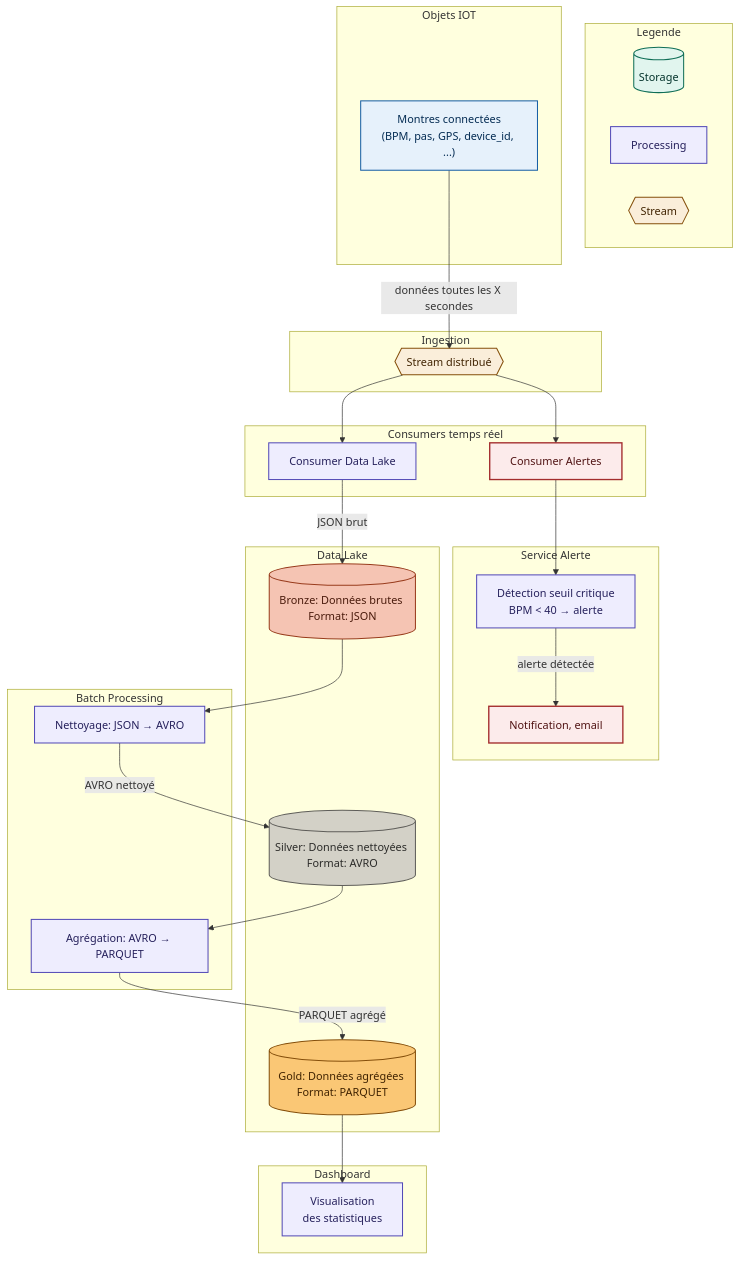
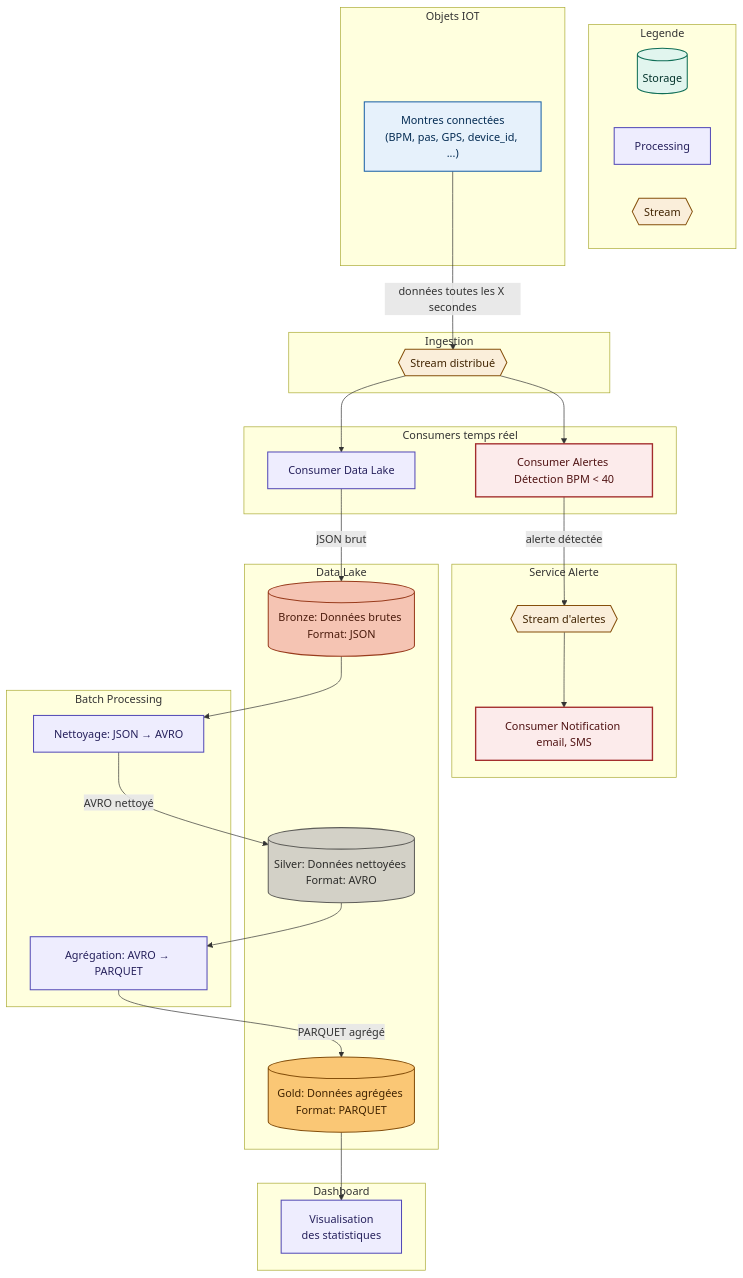
The diagram in README.md (ryadg-kura/clockdata), drawn with Mermaid before and after one commit.

Commit message:
Update consumer alert naming and alerting flow

````diff
--- a/README.md
+++ b/README.md
@@ -33,62 +33,62 @@
 ```mermaid
 flowchart TD
 
   subgraph Legende
     S[(Storage)]:::storage
     P[Processing]:::process
     ST{{"Stream"}}:::stream
   end
 
   subgraph Devices["Objets IOT"]
     D["Montres connectées\n(BPM, pas, GPS, device_id, ...)"]:::device
   end
 
   subgraph Ingestion
     MQ{{"Stream distribué"}}:::stream
   end
 
   subgraph Consumers["Consumers temps réel"]
-    CA[Consumer Alertes]:::alert
+    CA[Consumer Alertes Détection BPM < 40]:::alert
     CDL[Consumer Data Lake]:::process
   end
 
   subgraph Alerting["Service Alerte"]
-    AN[Détection seuil critique\nBPM < 40 → alerte]:::process
-    NOTIF[Notification, email]:::alert
+    SA{{"Stream d'alertes"}}:::stream
+    CN[Consumer Notification email, SMS]:::alert
   end
 
   subgraph DataLake["Data Lake"]
     BRONZE[(Bronze: Données brutes Format: JSON)]:::bronze
     SILVER[(Silver: Données nettoyées Format: AVRO)]:::silver
     GOLD[(Gold: Données agrégées Format: PARQUET)]:::gold
   end
 
   subgraph Processing["Batch Processing"]
     P1[Nettoyage: JSON → AVRO]:::process
     P2[Agrégation: AVRO → PARQUET]:::process
   end
 
   subgraph Dashboard["Dashboard"]
     VIZ[Visualisation\ndes statistiques]:::process
   end
   D -->|"données toutes les X secondes"| MQ
   MQ --> CA
   MQ --> CDL
-  CA --> AN
-  AN -->|"alerte détectée"| NOTIF
+  CA --> |"alerte détectée"| SA
   CDL -->|"JSON brut"| BRONZE
   BRONZE --> P1
   P1 -->|"AVRO nettoyé"| SILVER
   SILVER --> P2
+  SA --> CN
   P2 -->|"PARQUET agrégé"| GOLD
   GOLD --> VIZ
   
 classDef storage fill:#E1F5EE,stroke:#0F6E56,color:#04342C,stroke-width:1.5px
 classDef process fill:#EEEDFE,stroke:#534AB7,color:#26215C,stroke-width:1.5px
 classDef stream fill:#FAEEDA,stroke:#854F0B,color:#412402,stroke-width:1.5px
 classDef device fill:#E6F1FB,stroke:#185FA5,color:#042C53,stroke-width:1.5px
 classDef alert fill:#FCEBEB,stroke:#A32D2D,color:#501313,stroke-width:2px
 classDef bronze fill:#F5C4B3,stroke:#993C1D,color:#4A1B0C,stroke-width:1.5px
 classDef silver fill:#D3D1C7,stroke:#5F5E5A,color:#2C2C2A,stroke-width:1.5px
 classDef gold fill:#FAC775,stroke:#854F0B,color:#412402,stroke-width:1.5px
 ```
````
